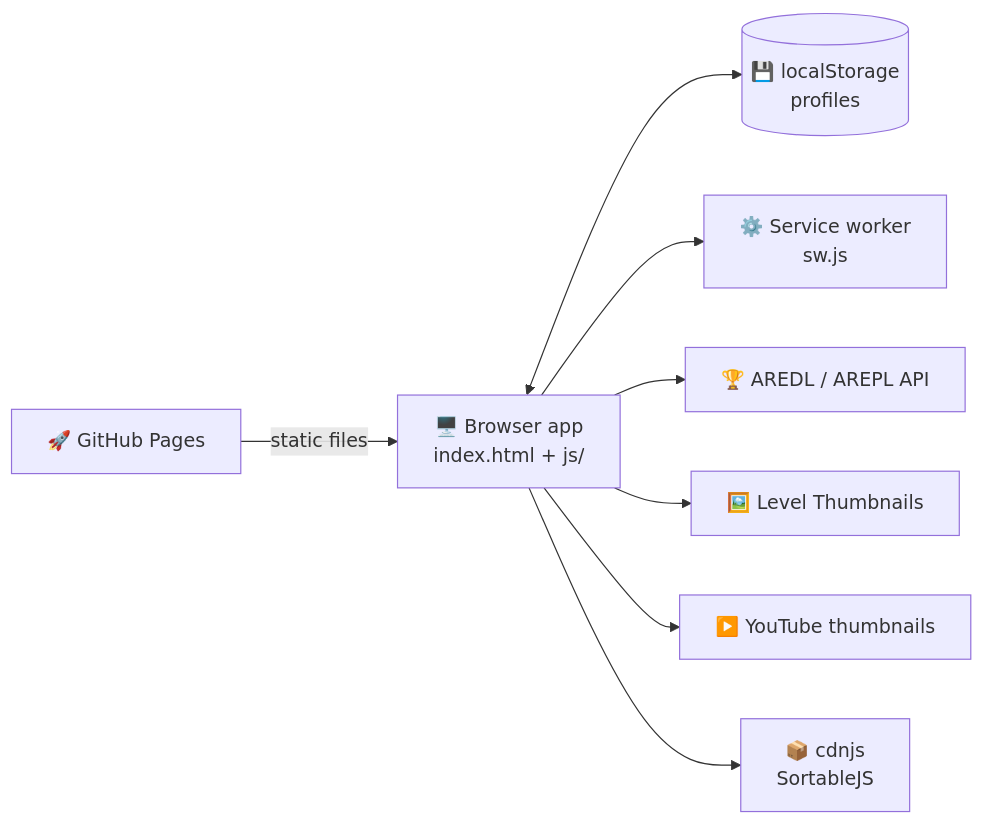
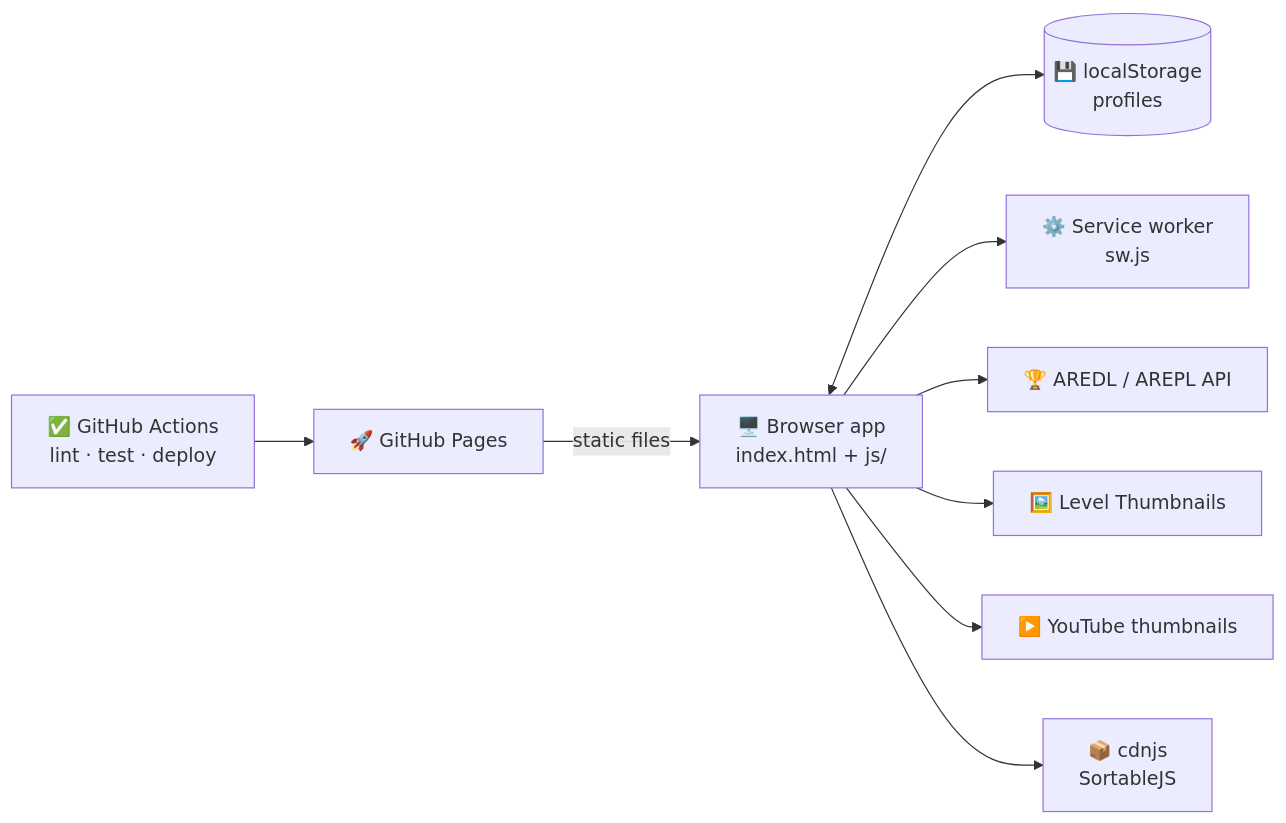
The diagram in README.md (Wal-014/Personal-Progress-List), drawn with Mermaid before and after one commit. The commit also changed other lines of this file and 7 other files, not shown here.

First line of the commit message:
Add CI with lint and tests, and deploy to Pages only after it passes

````diff
--- a/README.md
+++ b/README.md
@@ -40,10 +40,11 @@
 ```mermaid
 flowchart LR
+    CI["✅ GitHub Actions<br/>lint · test · deploy"] --> GH
     GH["🚀 GitHub Pages"] -->|static files| B["🖥️ Browser app<br/>index.html + js/"]
     B <--> LS[("💾 localStorage<br/>profiles")]
     B --> SW["⚙️ Service worker<br/>sw.js"]
     B --> A["🏆 AREDL / AREPL API"]
     B --> T["🖼️ Level Thumbnails"]
     B --> Y["▶️ YouTube thumbnails"]
     B --> C["📦 cdnjs<br/>SortableJS"]
 ```
````
